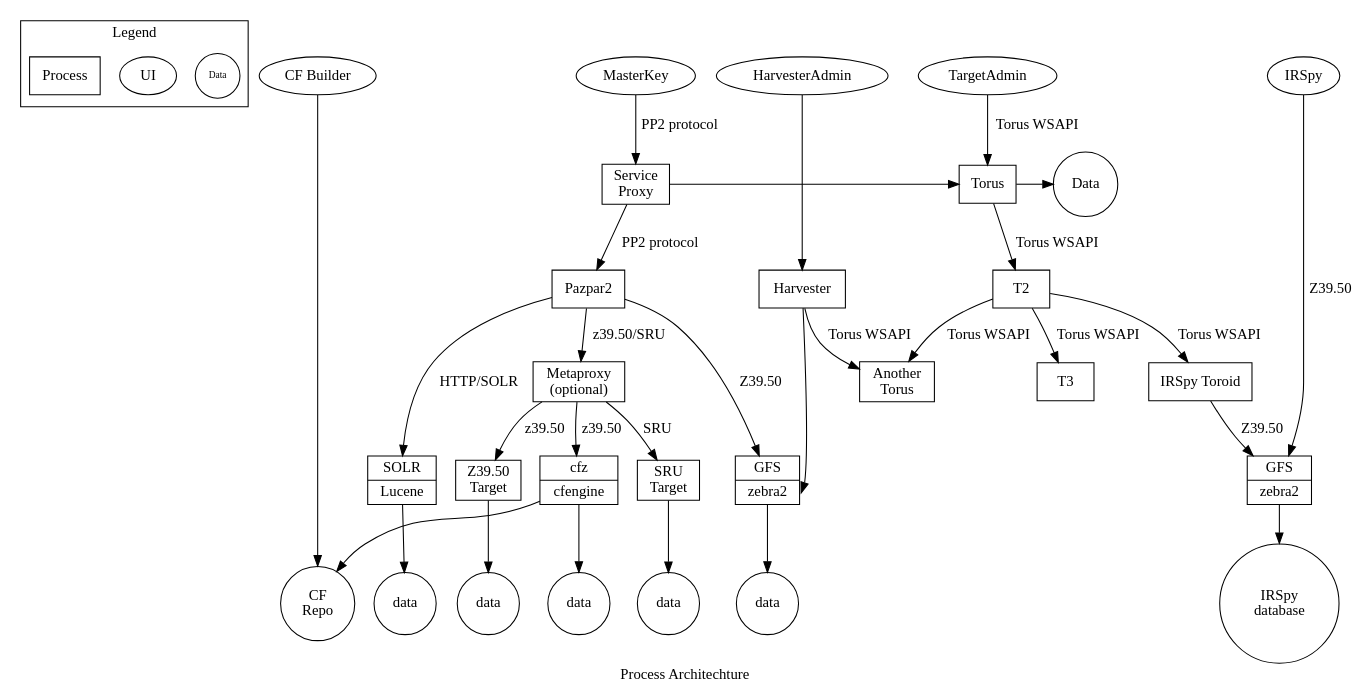
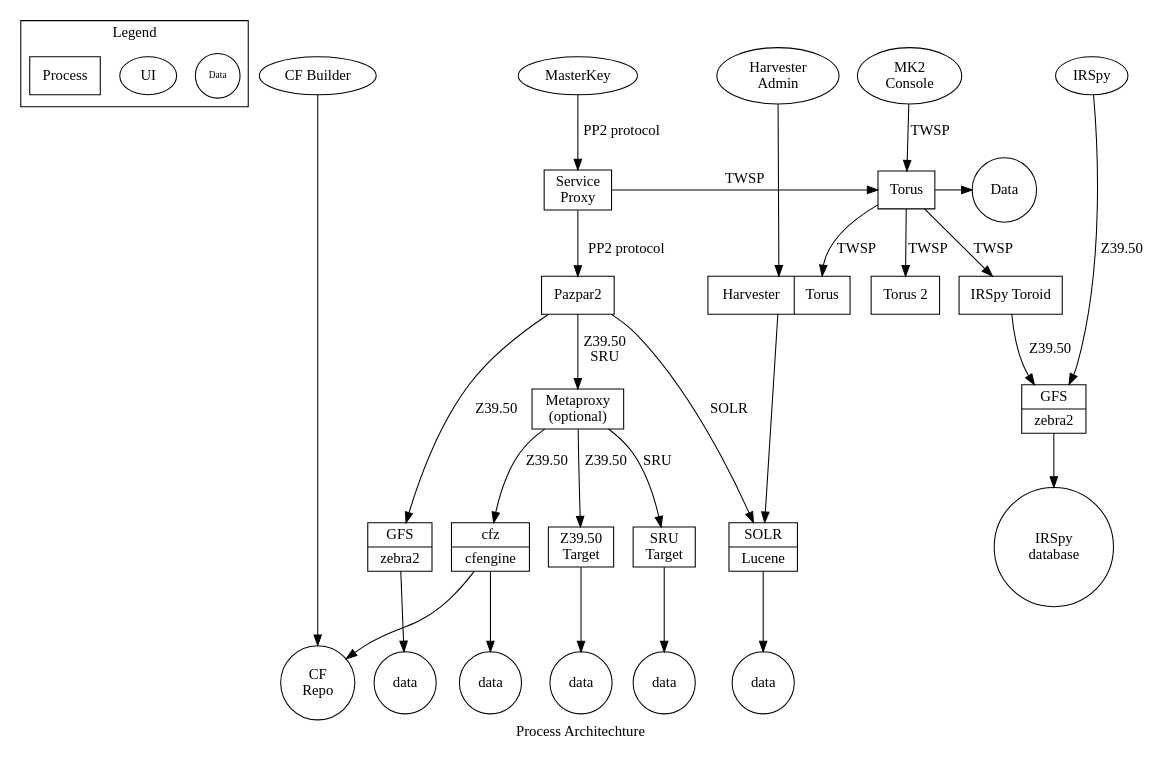
One commit to indexdata/masterkey-common changed the diagram in doc/processArchitechture.dot. Above: the diagram before and after it, drawn with Graphviz.

Commit message:
Updated with Harvester torus and Solr usage

```diff
--- a/doc/processArchitechture.dot
+++ b/doc/processArchitechture.dot
@@ -1,81 +1,79 @@
 digraph callgraph {
      fontname="verdana";
      node [fontname="verdana"];
      label="Process Architechture";
-	 subgraph cluster_legend {
-		label="Legend"
-	 	Data[shape="circle", fontsize="9"];
-	 	UI;
-	 	Process[shape="box"];
- 	 }
-	 CF_Builder[label="CF Builder"];
+     subgraph cluster_legend {
+     	      label="Legend"
+	      Data[shape="circle", fontsize="9"];
+	      UI;
+	      Process[shape="box"];
+     }
+     CF_Builder[label="CF Builder"];
      masterkey[label="MasterKey"];
      masterkey -> serviceProxy[label="PP2 protocol", fontname="verdana"];
      serviceProxy[label="Service\nProxy", shape=box];
      serviceProxy -> pazpar2[label="PP2 protocol"];
-     serviceProxy -> Torus;
+     serviceProxy -> Torus[label="TWSP"];
      Torus[shape=box];
      subgraph {
 		rank = same; serviceProxy; Torus; Searchables;
      }
-     TargetAdmin -> Torus[label="Torus WSAPI"];
-     Torus -> T2[label="Torus WSAPI"];
-     T2[shape="box"];
+     TargetAdmin[label="MK2\nConsole"];
+     TargetAdmin -> Torus[label="TWSP"];
      Torus -> Searchables;
      Searchables[label="Data"];
      Searchables[shape=circle];
-     T2 -> T3[label="Torus WSAPI"];
-     T3[shape=box];
-     T2 -> T4[label="Torus WSAPI"];
-     T4[label="Another\n Torus", shape=box];
-     harvester -> T4[label="Torus WSAPI"];
-     T2 -> "IRSpy Toroid"[label="Torus WSAPI"];
+     Torus -> Torus2[label="TWSP"];
+     Torus2[label="Torus 2", shape=box];
+     Torus -> harvester:T4[label="TWSP"];
+     Torus -> "IRSpy Toroid"[label="TWSP"];
      "IRSpy Toroid" -> Zebra[label="Z39.50"];
      Zebra[shape="record", label="{GFS |<z2> zebra2}"];
      "IRSpy Toroid"[shape="box"];
      Zebra -> IRSpy_DB;
      IRSpy_DB[label="IRSpy\n database", shape=circle];
      IRSpy -> Zebra[label="Z39.50"];
-     pazpar2 -> metaProxy[label="z39.50/SRU"];
+     pazpar2 -> metaProxy[label="Z39.50\nSRU"];
 	 metaProxy[label="Metaproxy\n(optional)", shape="box"];
 	 metaProxy -> sruTarget[label="SRU"];
-	 metaProxy -> zTarget[label="z39.50"];
-	 metaProxy -> cfz[label="z39.50"];
+	 metaProxy -> zTarget[label="Z39.50"];
+	 metaProxy -> cfz[label="Z39.50"];
 	 zTarget[label="Z39.50\n Target", shape="box"];
 	 zTarget -> zData1;
 	 sruTarget -> zData3;
 	 cfz[shape="record", label="{cfz | cfengine}"];
 	 cfz -> Anything;
 	 zData1[shape="circle", label="data"];
 	 zData3[shape="circle", label="data"];
 	 zTarget[shape="box"];
 	 sruTarget[label="SRU\nTarget", shape="box"];
      pazpar2 -> localIndex1[label="Z39.50"];
      pazpar2[label="Pazpar2", shape="box"];
      localIndex1 -> Anything3;
 	 localIndex1[shape="record", label="{GFS |<z2> zebra2}"];
-     pazpar2 -> localIndex2[label="HTTP/SOLR"];
+     pazpar2 -> localIndex2[label="SOLR"];
      localIndex2[shape="record", label="{SOLR|Lucene}"];
      localIndex2 -> Anything4;
 
      harvesterAdmin -> harvester;
-     harvesterAdmin[label="HarvesterAdmin"];
+     harvesterAdmin[label="Harvester\nAdmin"];
      
-     harvester[label="Harvester", shape="box"];
-     harvester -> localIndex1:z2;
+     harvester[shape="record", label="Harvester|<T4> Torus"];
+     harvester -> localIndex2;
      cfRepo[label="CF\nRepo", shape=circle];
      cfz -> cfRepo;
      CF_Builder -> cfRepo;
-	 subgraph ui_rank {
-		rank=same; masterkey; TargetAdmin; CF_Builder; harvesterAdmin; IRSpy;
-	 }
+     subgraph ui_rank {
+	rank=same; masterkey; TargetAdmin; CF_Builder; harvesterAdmin; IRSpy;
+     	}
      subgraph {
 		rank = same; localIndex1; localIndex2; zTarget; 
-	}
+     	}
      Anything[label="data", shape=circle];
      Anything3[label="data",shape=circle];
      Anything4[label="data",shape=circle];
      subgraph {
 		rank = same; Anything; Anything3; zData1; zData3; Anything4; 
 	}
+
 }
```
